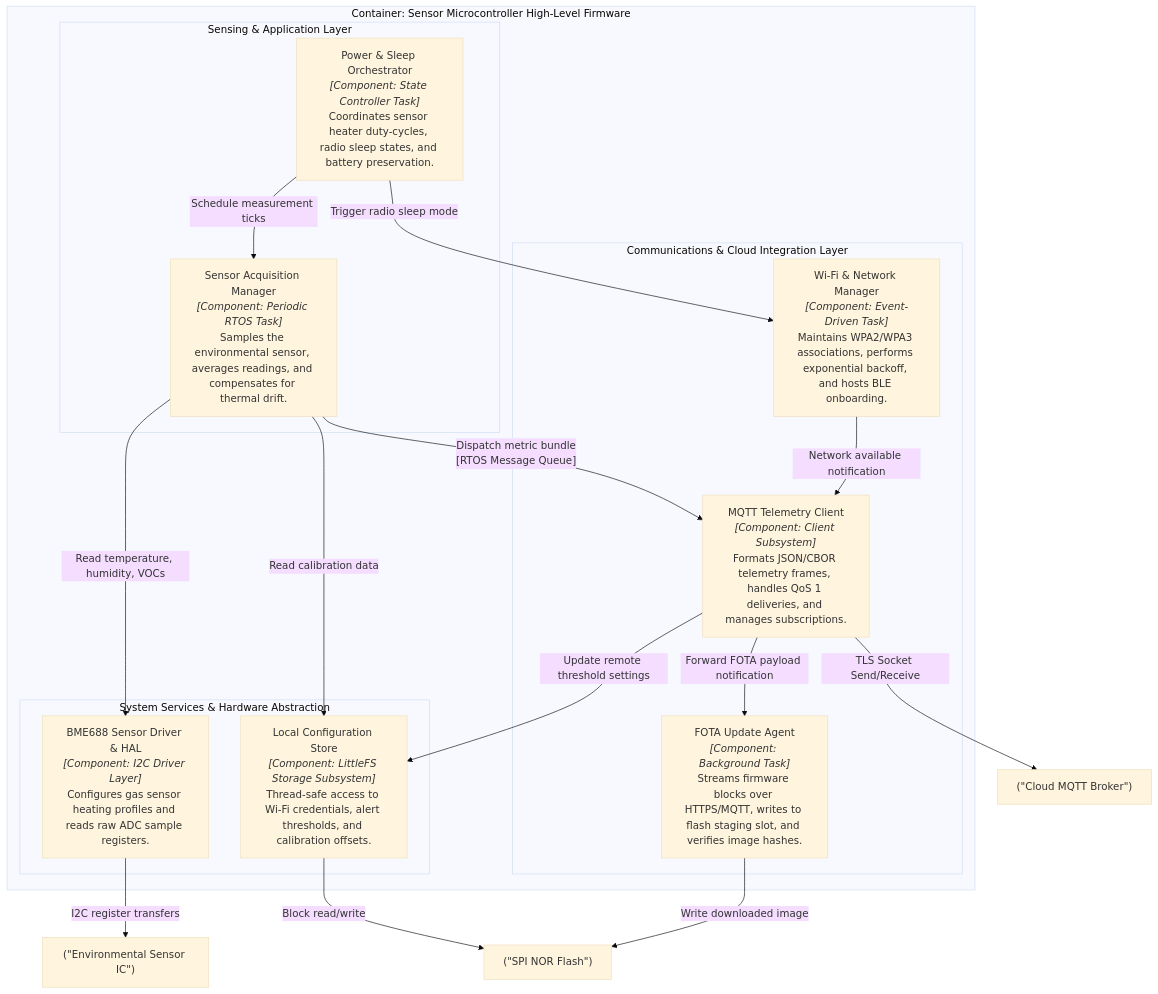
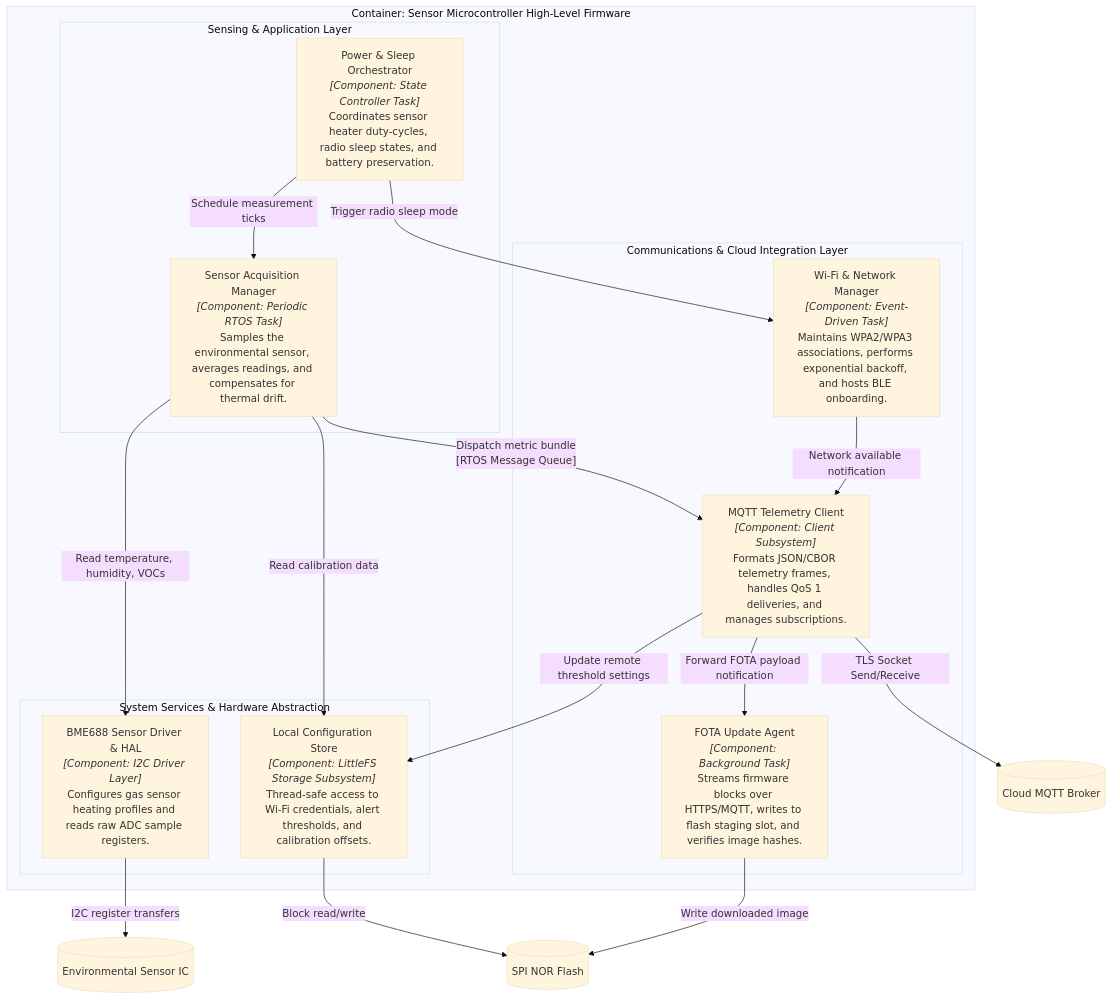
One commit to markbac/markbac.github.io changed the first of 4 diagrams in content/guides/c4-model/05-component-diagrams.md. Above: the diagram before and after it, drawn with Mermaid (base theme). The commit also changed other lines of this file and 21 other files, not shown here.

First line of the commit message:
Handbook: move in technical-documentation's architecture handbook, and publish the section

````diff
--- a/content/guides/c4-model/05-component-diagrams.md
+++ b/content/guides/c4-model/05-component-diagrams.md
@@ -19,42 +19,42 @@
 ```mermaid
 flowchart TB
     subgraph Firmware [Container: Sensor Microcontroller High-Level Firmware]
         subgraph Sensing & Application Layer
             SensorMgr["Sensor Acquisition Manager<br/><i>[Component: Periodic RTOS Task]</i><br/>Samples the environmental sensor, averages readings, and compensates for thermal drift."]
             PowerOrch["Power & Sleep Orchestrator<br/><i>[Component: State Controller Task]</i><br/>Coordinates sensor heater duty-cycles, radio sleep states, and battery preservation."]
         end
 
         subgraph Communications & Cloud Integration Layer
             NetMgr["Wi-Fi & Network Manager<br/><i>[Component: Event-Driven Task]</i><br/>Maintains WPA2/WPA3 associations, performs exponential backoff, and hosts BLE onboarding."]
             MQTTClient["MQTT Telemetry Client<br/><i>[Component: Client Subsystem]</i><br/>Formats JSON/CBOR telemetry frames, handles QoS 1 deliveries, and manages subscriptions."]
             FotaAgent["FOTA Update Agent<br/><i>[Component: Background Task]</i><br/>Streams firmware blocks over HTTPS/MQTT, writes to flash staging slot, and verifies image hashes."]
         end
 
         subgraph System Services & Hardware Abstraction
             ConfigStore["Local Configuration Store<br/><i>[Component: LittleFS Storage Subsystem]</i><br/>Thread-safe access to Wi-Fi credentials, alert thresholds, and calibration offsets."]
             SensorDriver["BME688 Sensor Driver & HAL<br/><i>[Component: I2C Driver Layer]</i><br/>Configures gas sensor heating profiles and reads raw ADC sample registers."]
         end
     end
 
     %% External interfaces
-    SensorIC["(#quot;Environmental Sensor IC#quot;)"]
-    NORFlash["(#quot;SPI NOR Flash#quot;)"]
-    CloudBroker["(#quot;Cloud MQTT Broker#quot;)"]
+    SensorIC[("Environmental Sensor IC")]
+    NORFlash[("SPI NOR Flash")]
+    CloudBroker[("Cloud MQTT Broker")]
 
     SensorDriver -- "I2C register transfers" --> SensorIC
     ConfigStore -- "Block read/write" --> NORFlash
     FotaAgent -- "Write downloaded image" --> NORFlash
     MQTTClient -- "TLS Socket Send/Receive" --> CloudBroker
 
     %% Internal interactions
     SensorMgr -- "Read temperature, humidity, VOCs" --> SensorDriver
     SensorMgr -- "Dispatch metric bundle<br/>[RTOS Message Queue]" --> MQTTClient
     SensorMgr -- "Read calibration data" --> ConfigStore
 
     PowerOrch -- "Schedule measurement ticks" --> SensorMgr
     PowerOrch -- "Trigger radio sleep mode" --> NetMgr
 
     NetMgr -- "Network available notification" --> MQTTClient
     MQTTClient -- "Forward FOTA payload notification" --> FotaAgent
     MQTTClient -- "Update remote threshold settings" --> ConfigStore
 ```
````
